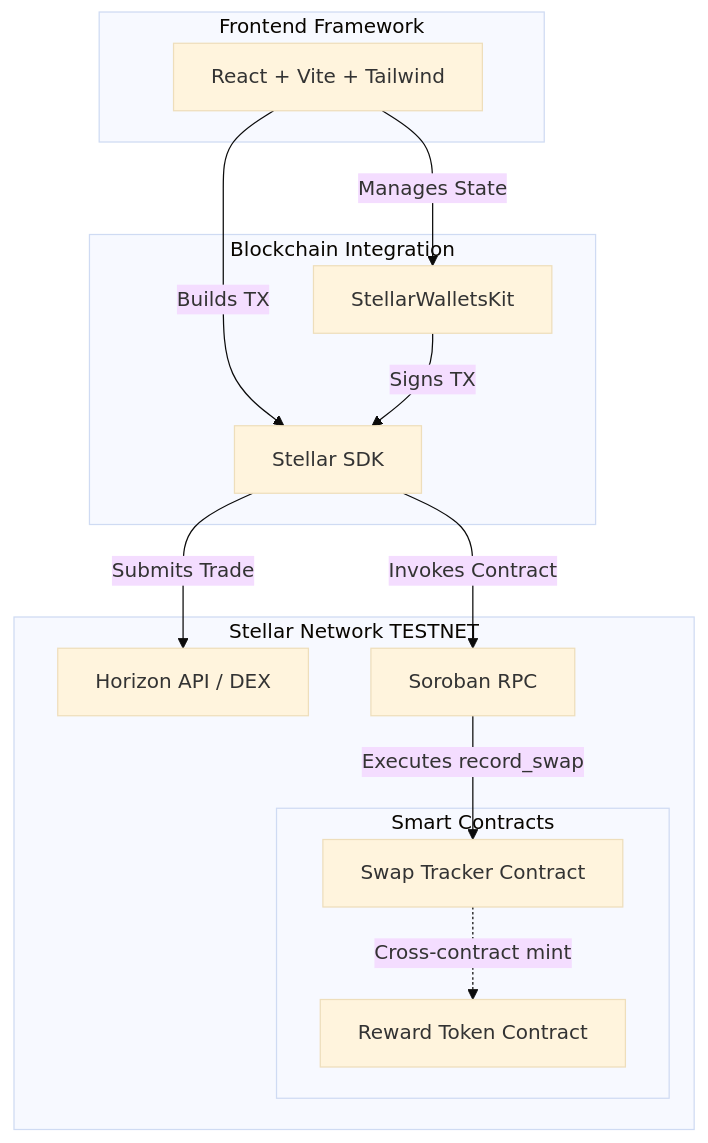
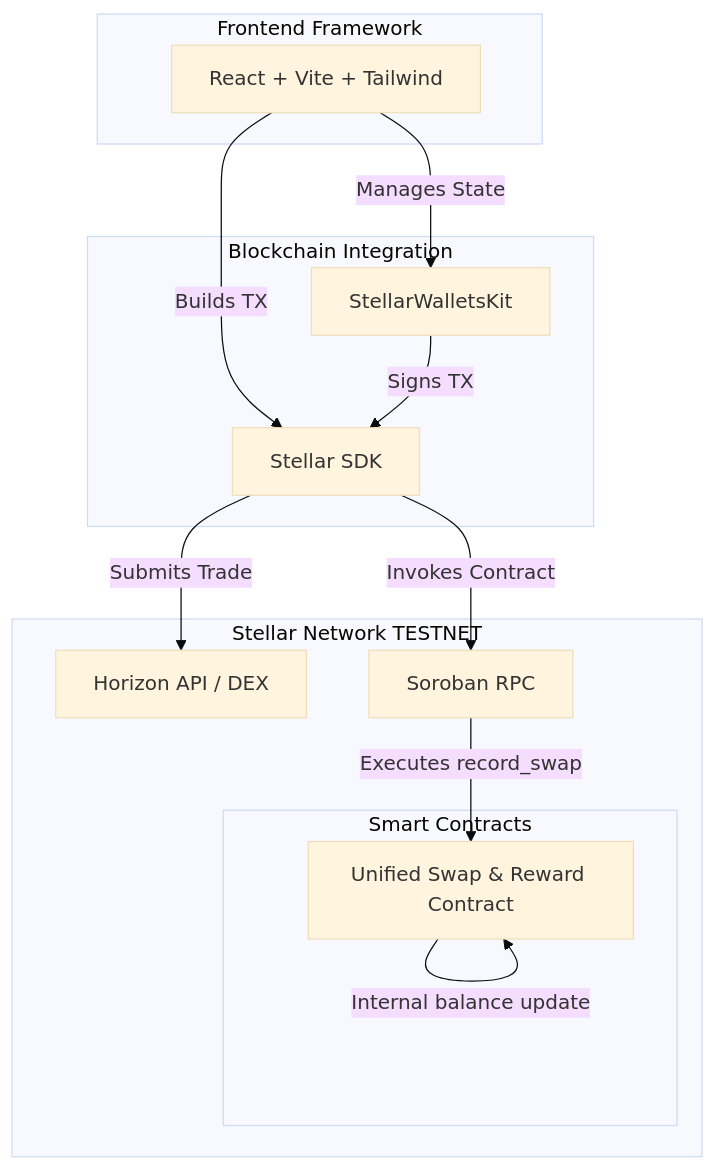
Before and after one commit to aditya-17-eth/Stellar-Simple-Payment-dApp: the diagram in README.md, drawn with Mermaid (base theme). The commit also changed other lines of this file and 3 other files, not shown here.

````diff
--- a/README.md
+++ b/README.md
@@ -37,31 +37,30 @@
 ```mermaid
 graph TD
     subgraph Frontend Framework
         UI[React + Vite + Tailwind]
     end
-    
+
     subgraph Blockchain Integration
         StellarSDK[Stellar SDK]
         WalletKit[StellarWalletsKit]
     end
-    
+
     subgraph Stellar Network TESTNET
         Horizon[Horizon API / DEX]
         Soroban[Soroban RPC]
-        
+
         subgraph Smart Contracts
-            Tracker[Swap Tracker Contract]
-            Token[Reward Token Contract]
+            Tracker[Unified Swap & Reward Contract]
         end
     end
 
     UI -->|Manages State| WalletKit
     UI -->|Builds TX| StellarSDK
     WalletKit -->|Signs TX| StellarSDK
-    
+
     StellarSDK -->|Submits Trade| Horizon
     StellarSDK -->|Invokes Contract| Soroban
-    
+
     Soroban -->|Executes record_swap| Tracker
-    Tracker -.->|Cross-contract mint| Token
+    Tracker -->|Internal balance update| Tracker
 ```
````
